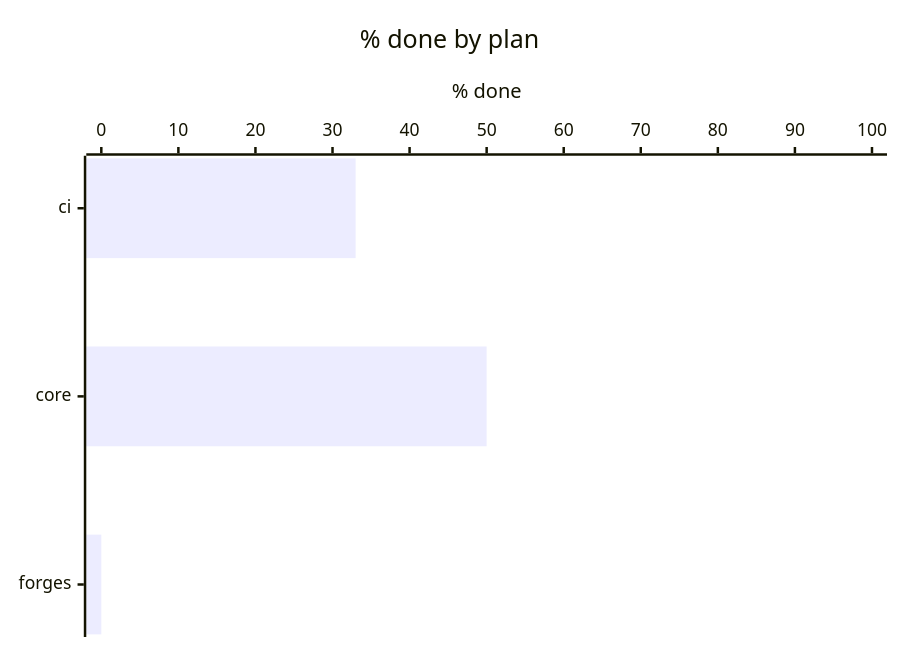
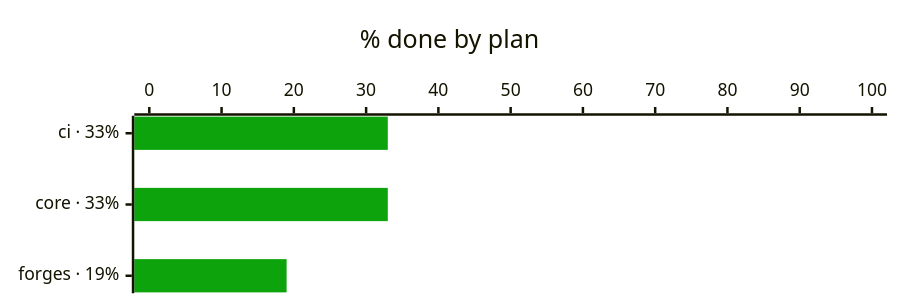
The third of 4 diagrams in progress/README.md (bvraghav/pmtrack), drawn with Mermaid before and after one commit. The commit also changed other lines of this file and 7 other files, not shown here.

````diff
--- a/progress/README.md
+++ b/progress/README.md
@@ -29,7 +32,8 @@
 ```mermaid
+%%{init: {"themeVariables": {"xyChart": {"plotColorPalette": "#0ca30c"}}, "xyChart": {"height": 225}}}%%
 xychart-beta horizontal
   title "% done by plan"
-  x-axis ["ci", "core", "forges"]
+  x-axis ["ci · 33%", "core · 33%", "forges · 19%"]
   y-axis "% done" 0 --> 100
-  bar [33, 50, 0]
+  bar [33, 33, 19]
 ```
````
